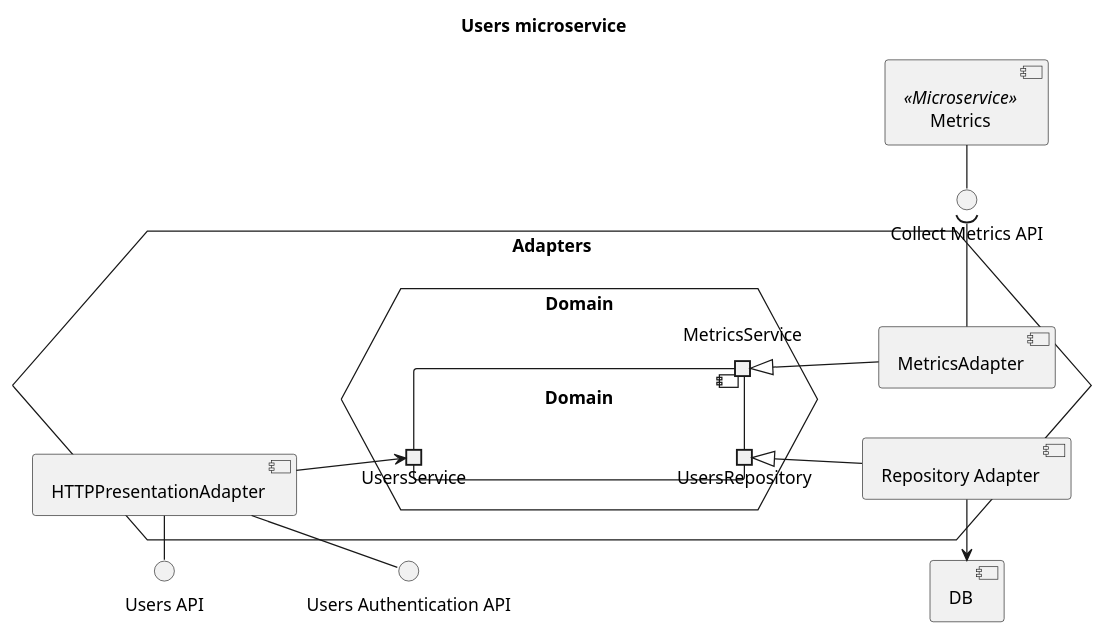
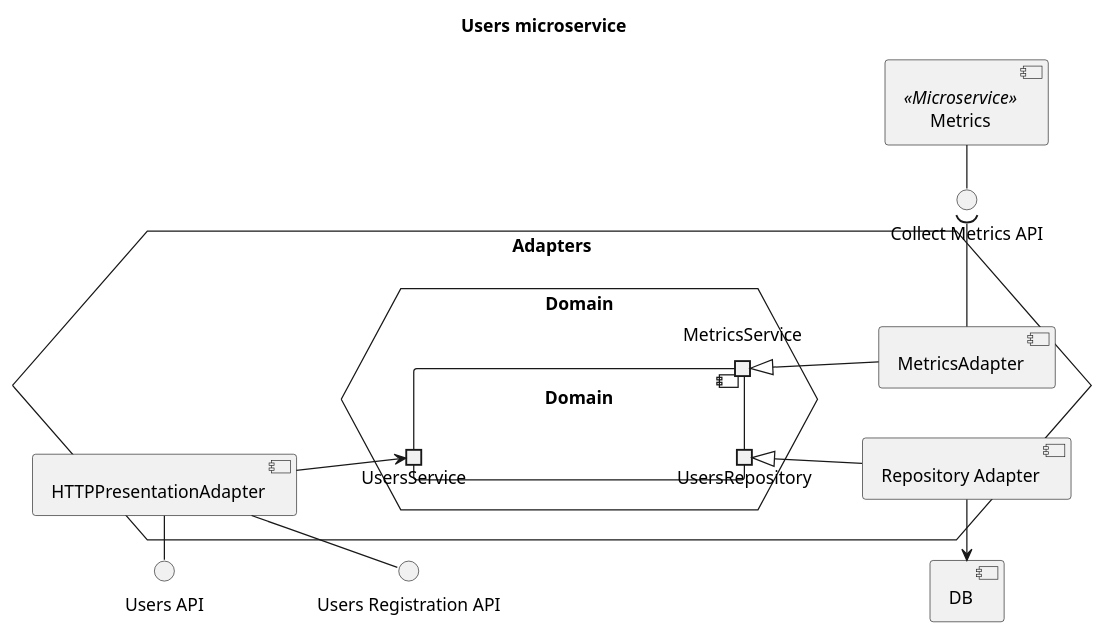
One commit to Ventus218/SAP-assignment-02 changed the diagram in doc/diagrams/src/users-components.puml. Above: the diagram before and after it, drawn with PlantUML.

Commit message:
Fix api name

```diff
--- a/doc/diagrams/src/users-components.puml
+++ b/doc/diagrams/src/users-components.puml
@@ -1,40 +1,40 @@
 @startuml users-components
 
 title "Users microservice"
 
 left to right direction
 
 component "DB"
 interface "Users API" as UsersAPI
-interface "Users Authentication API" as UsersAuthAPI
+interface "Users Registration API" as UsersRegistrationAPI
 interface "Collect Metrics API" as CollectMetricsAPI
 
 hexagon Adapters {
     hexagon Domain as DomainHex {
         component Domain {
             portout "UsersRepository" as Repo
             portout MetricsService
             portin UsersService
         }
     }
 
     component "Repository Adapter" as RepoAdapter
     RepoAdapter -u-|> Repo
     RepoAdapter -l-> DB
 
     component MetricsAdapter
     MetricsAdapter -u-|> MetricsService
     MetricsAdapter -r-( CollectMetricsAPI
 
     component "HTTPPresentationAdapter" as HTTPAdapter
     HTTPAdapter -d-> UsersService
     HTTPAdapter -() UsersAPI
-    HTTPAdapter -() UsersAuthAPI
+    HTTPAdapter -() UsersRegistrationAPI
     ' just for layout
-    UsersAPI -[hidden]-> UsersAuthAPI
+    UsersAPI -[hidden]-> UsersRegistrationAPI
 }
 
 component "Metrics" as Metrics <<Microservice>>
 Metrics -r-() CollectMetricsAPI
 
 @enduml
```
